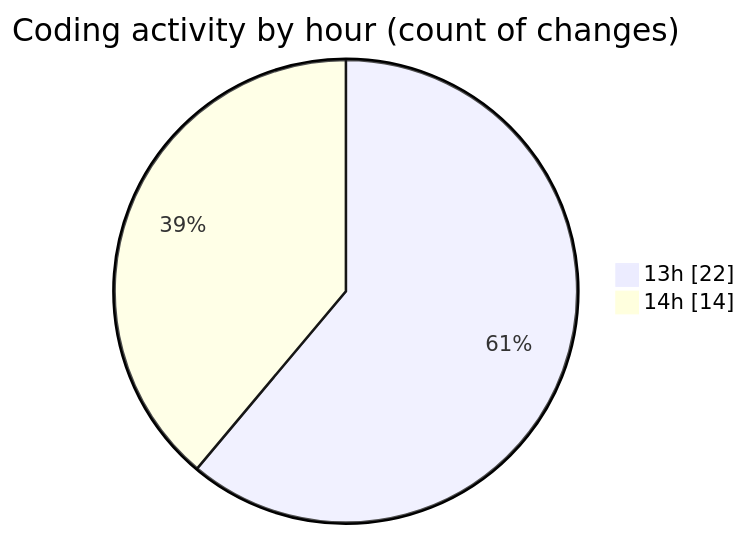
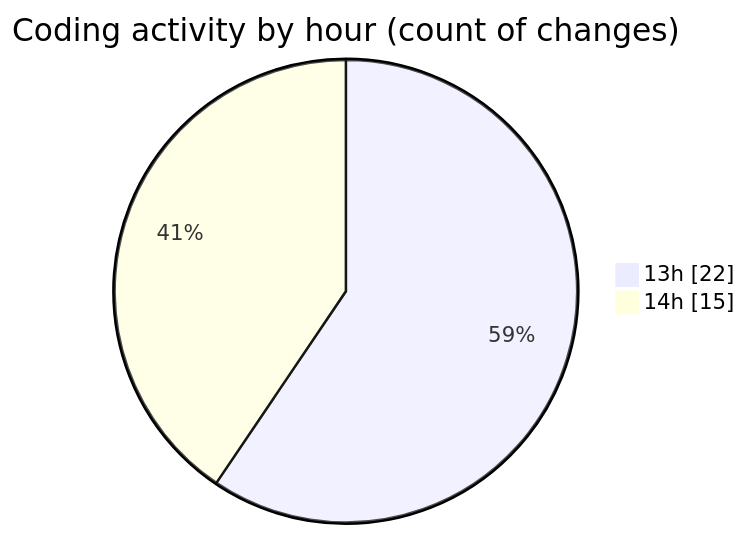
One commit to donsfak/code-tracking changed the second of 2 diagrams in 2025-02-24/drivers_app/README.md. Above: the diagram before and after it, drawn with Mermaid. The commit also changed other lines of this file and 1 other file, not shown here.

````diff
--- a/2025-02-24/drivers_app/README.md
+++ b/2025-02-24/drivers_app/README.md
@@ -34,6 +34,6 @@
 ```mermaid
 pie showData
 title Coding activity by hour (count of changes)
 "13h" : 22
-"14h" : 14
+"14h" : 15
 ```
````
